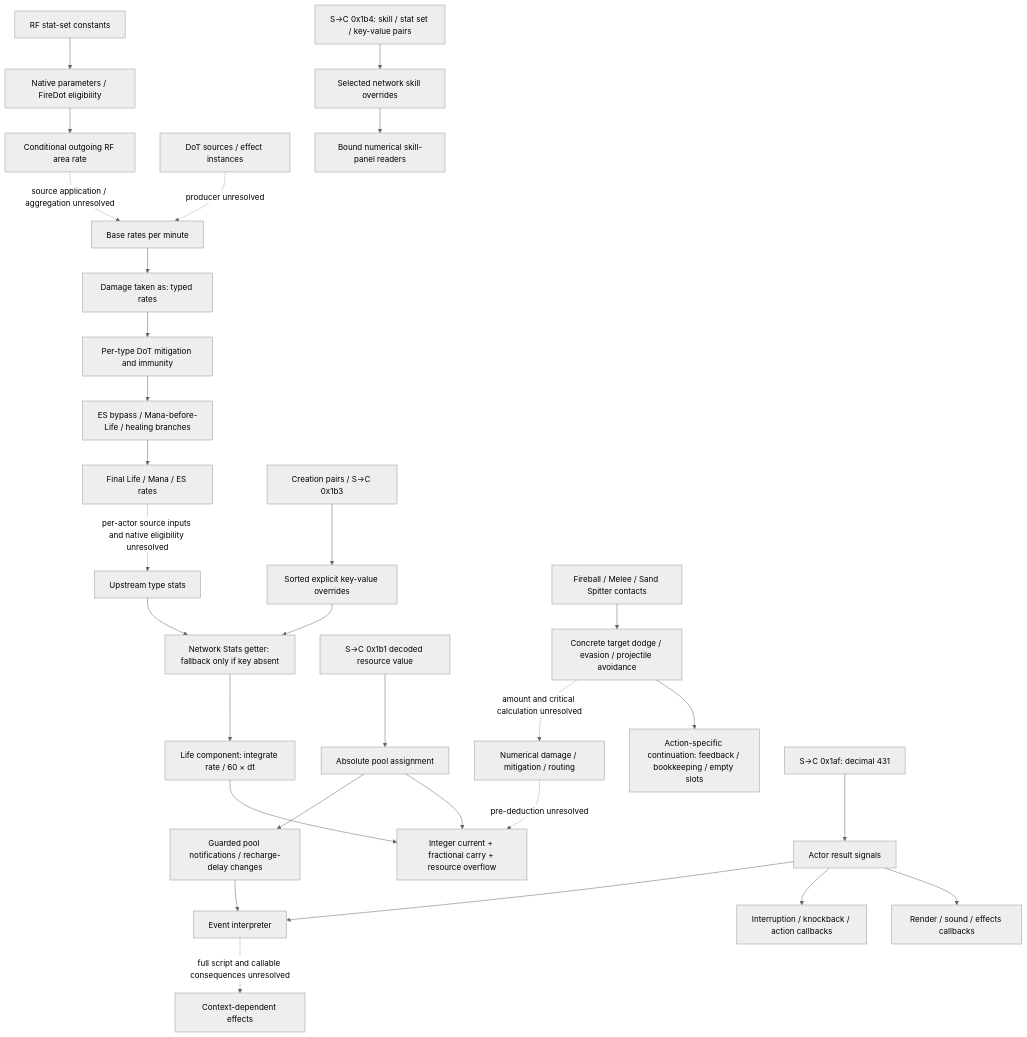
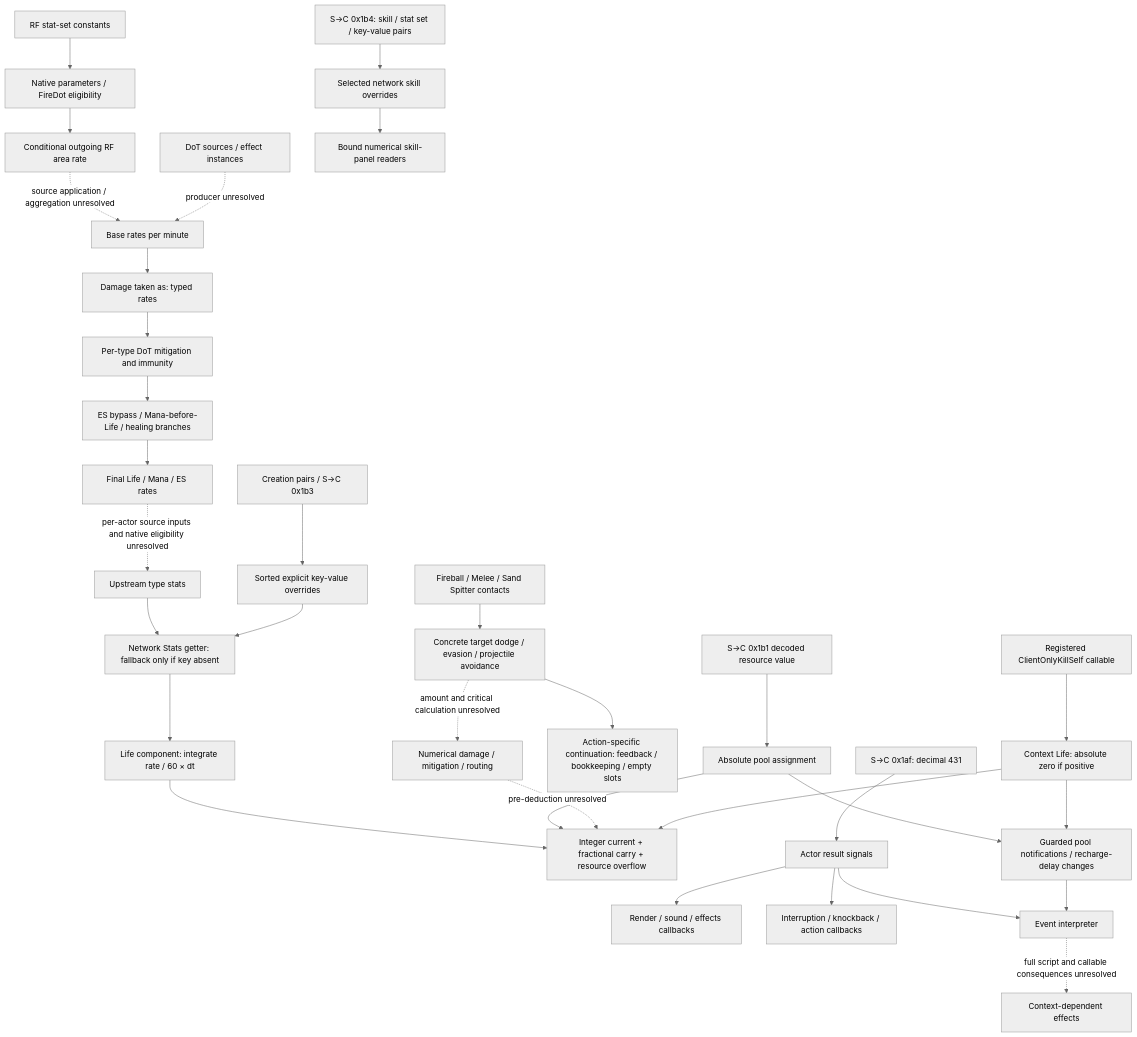
The diagram in Agents/docs/re/client-damage-calculation.md (LiuJi-Jim/LocalExile), drawn with Mermaid (neutral theme) before and after one commit. The commit also changed other lines of this file and 11 other files, not shown here.

Commit message:
Trace Buff clocks, ranged selectors and native Life mutation boundaries

````diff
--- a/Agents/docs/re/client-damage-calculation.md
+++ b/Agents/docs/re/client-damage-calculation.md
@@ -70,32 +71,35 @@
 ```mermaid
 flowchart TD
   SKILLDATA[RF stat-set constants] --> RFPARAM[Native parameters / FireDot eligibility]
   RFPARAM --> RFOUT[Conditional outgoing RF area rate]
   RFOUT -. source application / aggregation unresolved .-> RAW
   SOURCES[DoT sources / effect instances] -. producer unresolved .-> RAW[Base rates per minute]
   RAW --> AS[Damage taken as: typed rates]
   AS --> MIT[Per-type DoT mitigation and immunity]
   MIT --> ROUTE[ES bypass / Mana-before-Life / healing branches]
   ROUTE --> FINAL[Final Life / Mana / ES rates]
   FINAL -. per-actor source inputs and native eligibility unresolved .-> TYPE[Upstream type stats]
   TYPE --> GET[Network Stats getter: fallback only if key absent]
   NET[Creation pairs / S→C 0x1b3] --> OVERRIDE[Sorted explicit key-value overrides]
   OVERRIDE --> GET
   SKILLNET[S→C 0x1b4: skill / stat set / key-value pairs] --> SKILLOVERRIDE[Selected network skill overrides]
   SKILLOVERRIDE --> PANEL[Bound numerical skill-panel readers]
   GET --> TICK[Life component: integrate rate / 60 × dt]
   TICK --> POOL[Integer current + fractional carry + resource overflow]
   CORRECTION[S→C 0x1b1 decoded resource value] --> SETTER[Absolute pool assignment]
   SETTER --> POOL
   SETTER --> NOTIFY[Guarded pool notifications / recharge-delay changes]
   HIT[Fireball / Melee / Sand Spitter contacts] --> AVOID[Concrete target dodge / evasion / projectile avoidance]
   AVOID --> CONTINUE[Action-specific continuation: feedback / bookkeeping / empty slots]
   AVOID -. amount and critical calculation unresolved .-> HITCALC[Numerical damage / mitigation / routing]
   HITCALC -. pre-deduction unresolved .-> POOL
   FEEDBACK[S→C 0x1af: decimal 431] --> ACTOR[Actor result signals]
   ACTOR --> RENDER[Render / sound / effects callbacks]
   ACTOR --> CONTROL[Interruption / knockback / action callbacks]
   ACTOR --> EVENT[Event interpreter]
   NOTIFY --> EVENT
   EVENT -. full script and callable consequences unresolved .-> EFFECTS[Context-dependent effects]
+  NATIVE[Registered ClientOnlyKillSelf callable] --> ZERO[Context Life: absolute zero if positive]
+  ZERO --> POOL
+  ZERO --> NOTIFY
 ```
````
